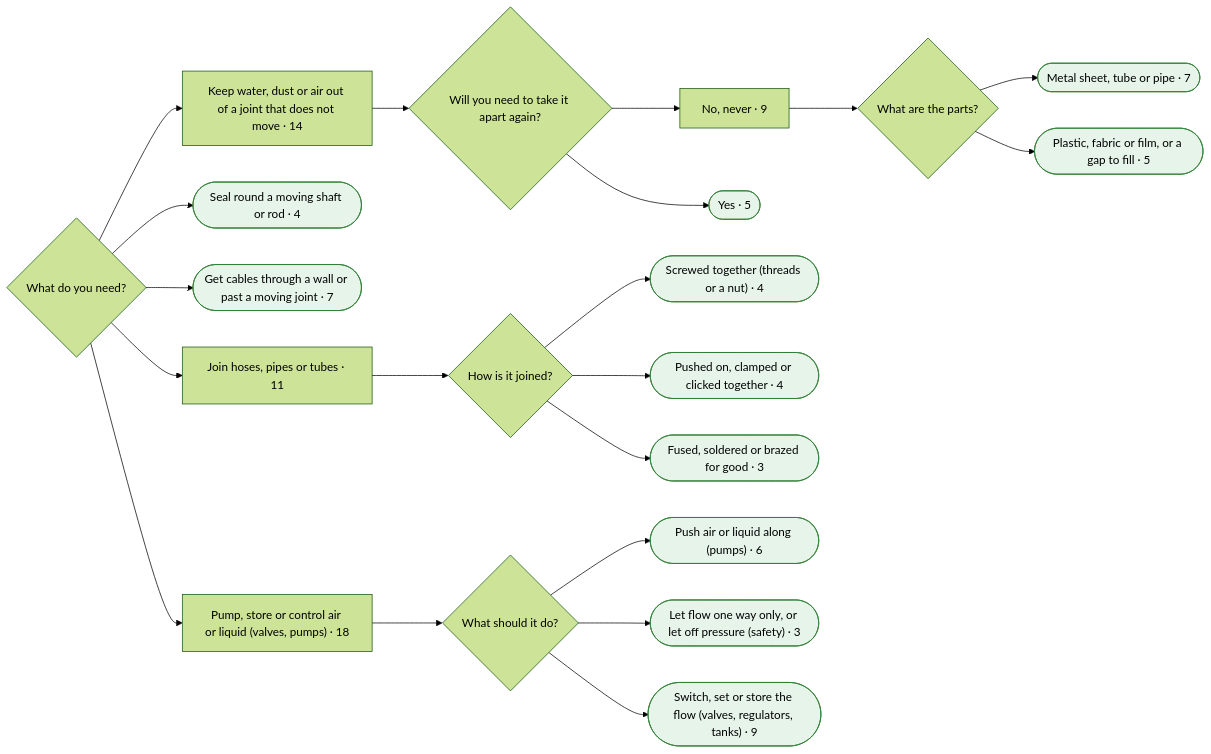
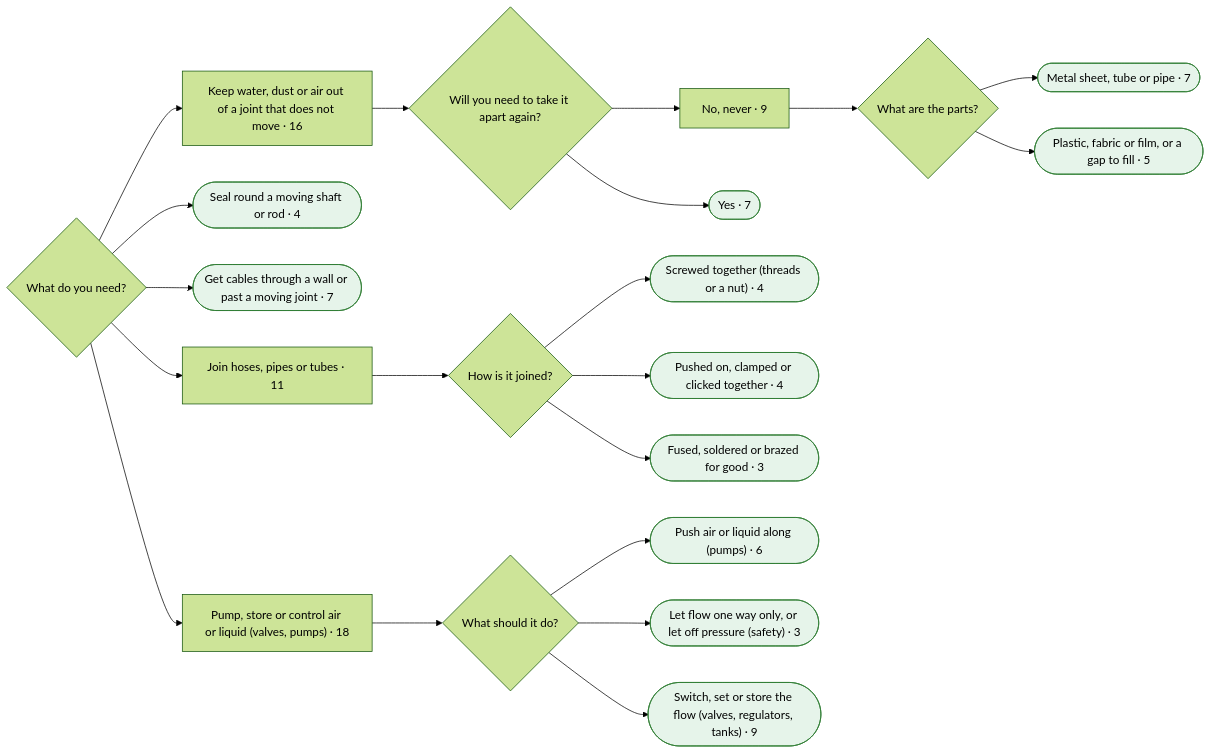
Before and after one commit to smileymcfrown/EncyclopediaOfConnections: the tenth of 11 diagrams in research/finder-test/mermaid.md, drawn with Mermaid (forest theme). The commit also changed other lines of this file and 481 other files, not shown here.

````diff
--- a/research/finder-test/mermaid.md
+++ b/research/finder-test/mermaid.md
@@ -847,55 +915,55 @@
 ```mermaid
 flowchart LR
-  q300{"What do you need?"}
-  a301["Keep water, dust or air out of a joint that does not move · 14"]
-  q300 --> a301
-  q302{"Will you need to take it apart again?"}
-  a301 --> q302
-  a303["No, never · 9"]
-  q302 --> a303
-  q304{"What are the parts?"}
-  a303 --> q304
-  a305(["Metal sheet, tube or pipe · 7"])
-  q304 --> a305
-  class a305 leaf
-  a306(["Plastic, fabric or film, or a gap to fill · 5"])
-  q304 --> a306
-  class a306 leaf
-  a307(["Yes · 5"])
-  q302 --> a307
-  class a307 leaf
-  a308(["Seal round a moving shaft or rod · 4"])
-  q300 --> a308
-  class a308 leaf
-  a309(["Get cables through a wall or past a moving joint · 7"])
-  q300 --> a309
-  class a309 leaf
-  a310["Join hoses, pipes or tubes · 11"]
-  q300 --> a310
-  q311{"How is it joined?"}
-  a310 --> q311
-  a312(["Screwed together (threads or a nut) · 4"])
-  q311 --> a312
-  class a312 leaf
-  a313(["Pushed on, clamped or clicked together · 4"])
-  q311 --> a313
-  class a313 leaf
-  a314(["Fused, soldered or brazed for good · 3"])
-  q311 --> a314
-  class a314 leaf
-  a315["Pump, store or control air or liquid (valves, pumps) · 18"]
-  q300 --> a315
-  q316{"What should it do?"}
-  a315 --> q316
-  a317(["Push air or liquid along (pumps) · 6"])
-  q316 --> a317
-  class a317 leaf
-  a318(["Let flow one way only, or let off pressure (safety) · 3"])
-  q316 --> a318
-  class a318 leaf
-  a319(["Switch, set or store the flow (valves, regulators, tanks) · 9"])
-  q316 --> a319
-  class a319 leaf
+  q326{"What do you need?"}
+  a327["Keep water, dust or air out of a joint that does not move · 16"]
+  q326 --> a327
+  q328{"Will you need to take it apart again?"}
+  a327 --> q328
+  a329["No, never · 9"]
+  q328 --> a329
+  q330{"What are the parts?"}
+  a329 --> q330
+  a331(["Metal sheet, tube or pipe · 7"])
+  q330 --> a331
+  class a331 leaf
+  a332(["Plastic, fabric or film, or a gap to fill · 5"])
+  q330 --> a332
+  class a332 leaf
+  a333(["Yes · 7"])
+  q328 --> a333
+  class a333 leaf
+  a334(["Seal round a moving shaft or rod · 4"])
+  q326 --> a334
+  class a334 leaf
+  a335(["Get cables through a wall or past a moving joint · 7"])
+  q326 --> a335
+  class a335 leaf
+  a336["Join hoses, pipes or tubes · 11"]
+  q326 --> a336
+  q337{"How is it joined?"}
+  a336 --> q337
+  a338(["Screwed together (threads or a nut) · 4"])
+  q337 --> a338
+  class a338 leaf
+  a339(["Pushed on, clamped or clicked together · 4"])
+  q337 --> a339
+  class a339 leaf
+  a340(["Fused, soldered or brazed for good · 3"])
+  q337 --> a340
+  class a340 leaf
+  a341["Pump, store or control air or liquid (valves, pumps) · 18"]
+  q326 --> a341
+  q342{"What should it do?"}
+  a341 --> q342
+  a343(["Push air or liquid along (pumps) · 6"])
+  q342 --> a343
+  class a343 leaf
+  a344(["Let flow one way only, or let off pressure (safety) · 3"])
+  q342 --> a344
+  class a344 leaf
+  a345(["Switch, set or store the flow (valves, regulators, tanks) · 9"])
+  q342 --> a345
+  class a345 leaf
   classDef leaf fill:#e6f4ea,stroke:#2e7d32
   classDef more fill:#fff4e5,stroke:#b26a00
 ```
````
